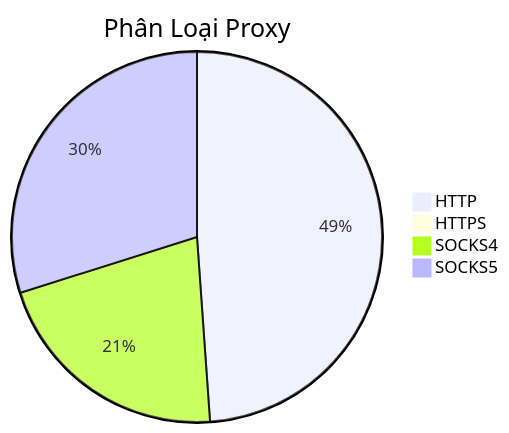
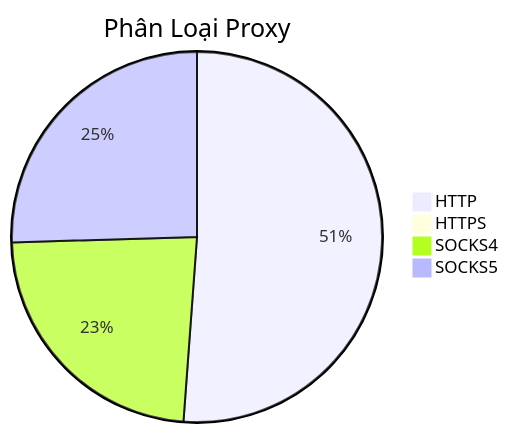
One commit to Ciara-12/PROXY-free changed the diagram in README.md. Above: the diagram before and after it, drawn with Mermaid. The commit also changed other lines of this file and 4 other files, not shown here.

````diff
--- a/README.md
+++ b/README.md
@@ -26,7 +26,7 @@
 ```mermaid
 pie title Phân Loại Proxy
-    "HTTP" : 630
-    "HTTPS" : 1
-    "SOCKS4" : 274
-    "SOCKS5" : 385
+    "HTTP" : 659
+    "HTTPS" : 0
+    "SOCKS4" : 301
+    "SOCKS5" : 328
 ```
````
